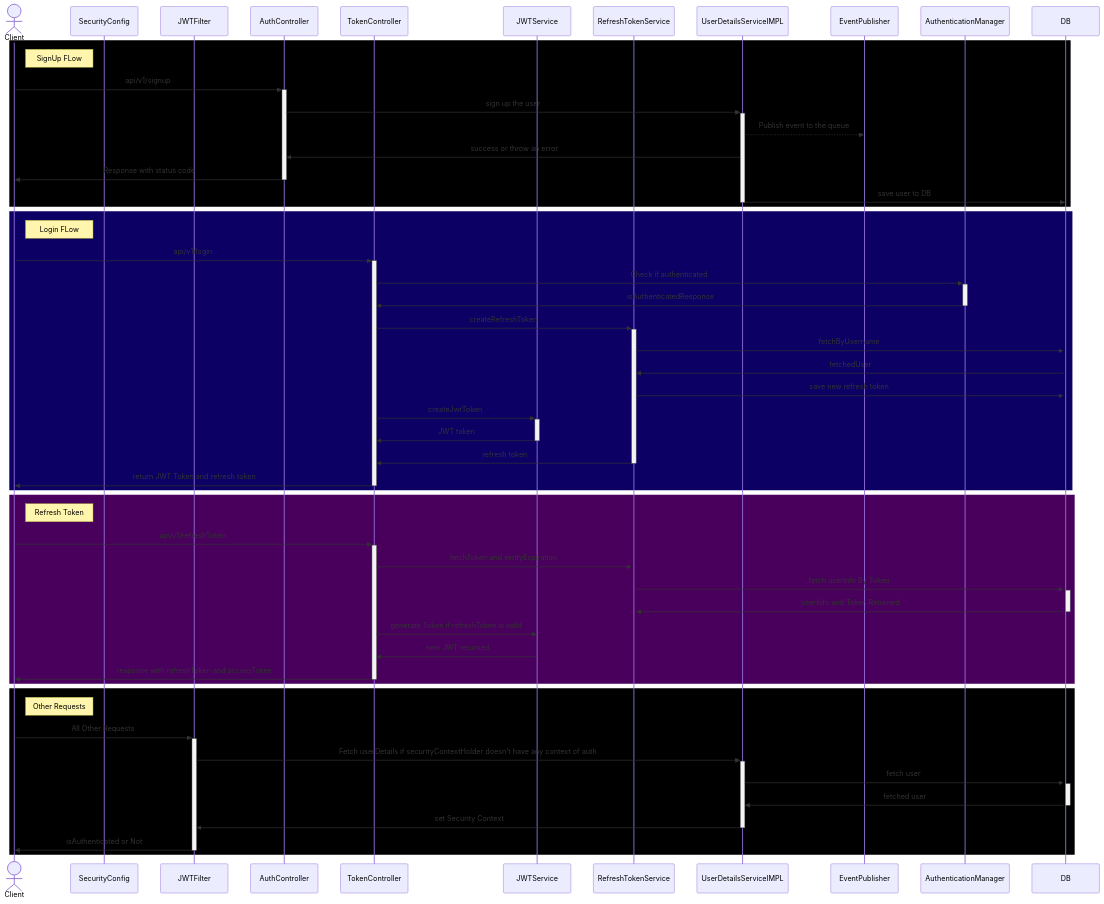
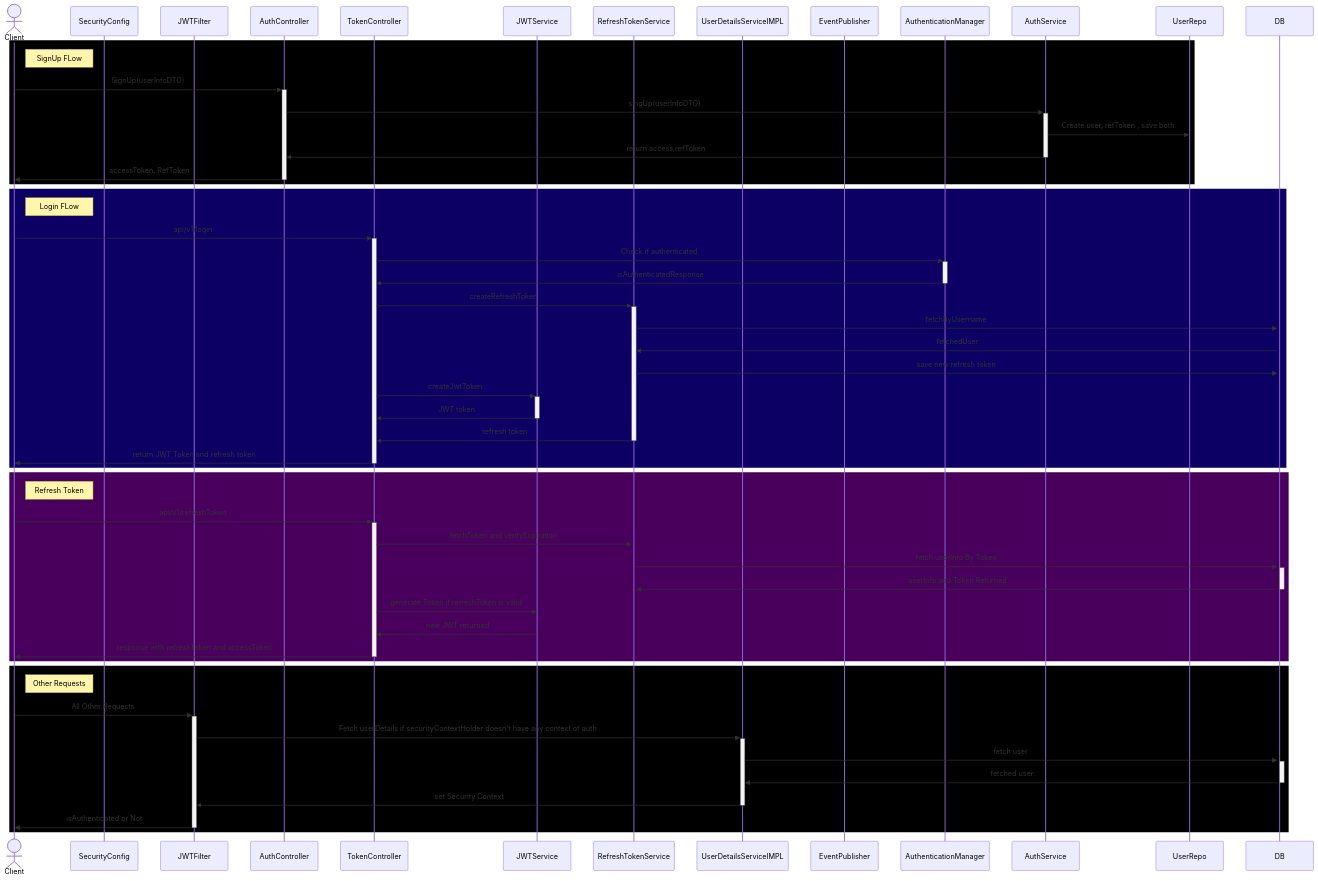
Before and after one commit to karanc0s/expense-tracker: the second of 3 diagrams in README.md, drawn with Mermaid. The commit also changed 27 other files, not shown here.

Commit message:
major flow changes

````diff
--- a/README.md
+++ b/README.md
@@ -37,63 +37,61 @@
 ```mermaid
 sequenceDiagram
     actor Client
     
     participant SecurityConfig
     participant JWTFilter
     participant AuthController
     participant TokenController
     participant JWTService
     participant RefreshTokenService
     participant UserDetailsServiceIMPL
     participant EventPublisher
     participant AuthenticationManager
 
     rect rgb(0, 0, 0)
         note right of Client: SignUp FLow
-        
-        Client->>+AuthController:api/v1/signup
-        AuthController->>+UserDetailsServiceIMPL:sign up the user
-        UserDetailsServiceIMPL-->>EventPublisher:Publish event to the queue
-        UserDetailsServiceIMPL->>AuthController:success or throw an error
-        AuthController->>-Client:Response with status code
-        UserDetailsServiceIMPL->>-DB:save user to DB
+        Client->>+AuthController: SignUp(userInfoDTO)
+        AuthController->>+AuthService: singUp(userInfoDTO)
+        AuthService->>UserRepo:Create user, refToken , save both
+        AuthService->>-AuthController:return access,refToken
+        AuthController ->>- Client: accessToken, RefToken
     end
 
 
     rect rgb(12, 0, 100)
         note right of Client: Login FLow
         Client->>+TokenController:api/v1/login
         TokenController->>+AuthenticationManager:Check if authenticated
         AuthenticationManager->>-TokenController:isAuthenticatedResponse
         TokenController->>+RefreshTokenService:createRefreshToken
         RefreshTokenService->>+DB:fetchByUsername
         DB->>RefreshTokenService:fetchedUser
         RefreshTokenService->>DB:save new refresh token
         TokenController->>+JWTService:createJwtToken
         JWTService->>-TokenController:JWT token
         RefreshTokenService->>-TokenController:refresh token
         TokenController->>-Client:return JWT Token and refresh token
     end
     
     rect rgb(73, 0, 92)
         note right of Client: Refresh Token
         Client->>+TokenController:api/v1/refreshToken
         TokenController->>+RefreshTokenService:fetchToken and verifyExpiration
         RefreshTokenService->>+DB:fetch userInfo By Token
         DB->>-RefreshTokenService:userInfo and Token Returned
         TokenController->>JWTService:generate Token if refreshToken is valid
         JWTService->>TokenController:new JWT returned
         TokenController->>-Client:response with refreshToken and accessToken
     end
 
     rect rgb(0, 0, 0)
         note right of Client: Other Requests
         Client->>+JWTFilter:All Other Requests
         JWTFilter->>+UserDetailsServiceIMPL:Fetch userDetails if securityContextHolder doesn't have any context of auth
         UserDetailsServiceIMPL->>+DB:fetch user
         DB->>-UserDetailsServiceIMPL:fetched user
         UserDetailsServiceIMPL->>-JWTFilter:set Security Context
         JWTFilter->>-Client:isAuthenticated or Not
     end
     
 ```
````
